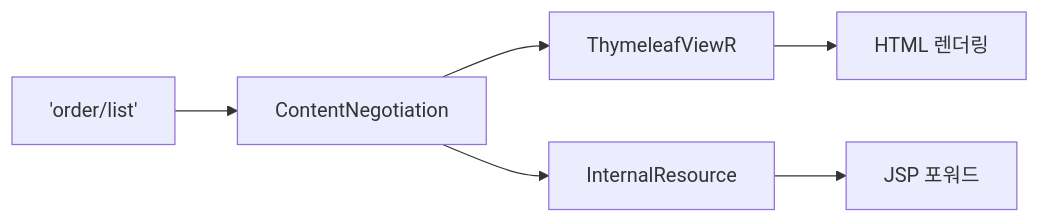
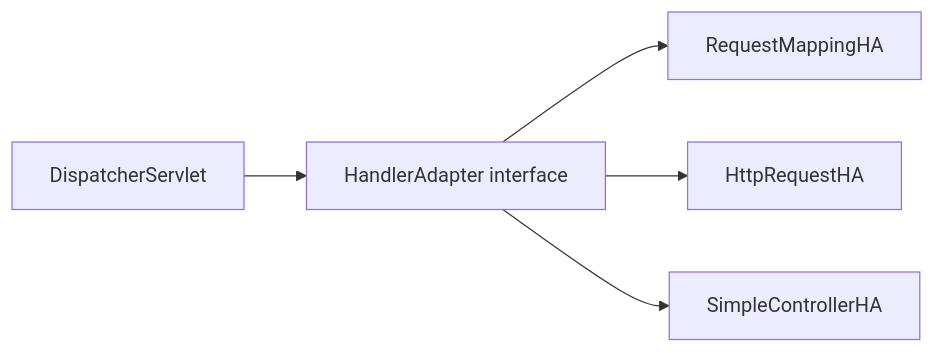
The fourth of 12 diagrams in _posts/spring/2026-05-02-spring-mvc-deep.md (yjkim2015/yjkim2015.github.io), drawn with Mermaid before and after one commit. The commit also changed other lines of this file and 4 other files, not shown here.

````diff
--- a/_posts/spring/2026-05-02-spring-mvc-deep.md
+++ b/_posts/spring/2026-05-02-spring-mvc-deep.md
@@ -361,8 +356,7 @@
 ```mermaid
-flowchart LR
-    A["'order/list'"] --> B["ContentNegotiation"]
-    B --> C["ThymeleafViewR"]
-    B --> D["InternalResource"]
-    C --> E["HTML 렌더링"]
-    D --> F["JSP 포워드"]
+graph LR
+    A[DispatcherServlet] --> B[HandlerAdapter interface]
+    B --> C[RequestMappingHA]
+    B --> D[HttpRequestHA]
+    B --> E[SimpleControllerHA]
 ```
````
